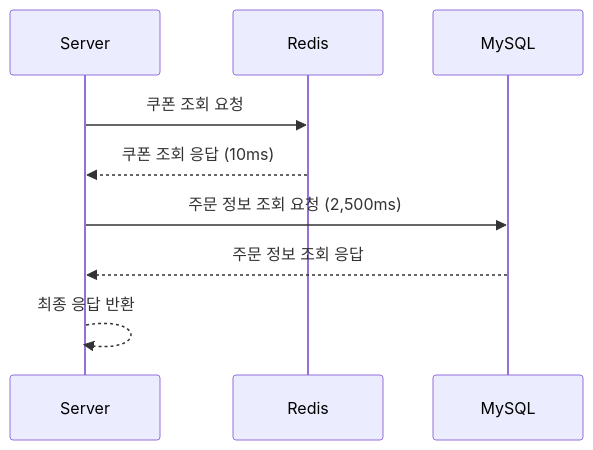
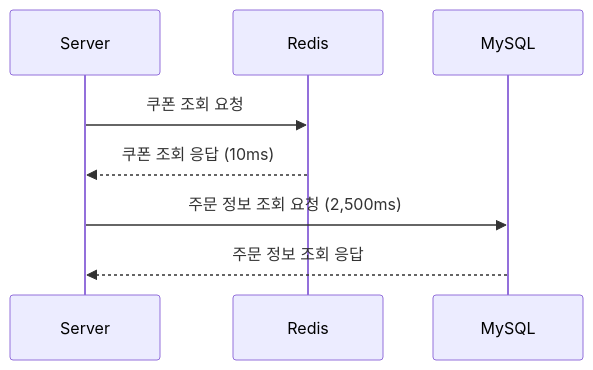
The second of 4 diagrams in redis/redis-lettuce-conneciton-pool-2.md (cheese10yun/blog-sample), drawn with Mermaid before and after one commit. The commit also changed other lines of this file, not shown here.

````diff
--- a/redis/redis-lettuce-conneciton-pool-2.md
+++ b/redis/redis-lettuce-conneciton-pool-2.md
@@ -37,11 +37,10 @@
 ```mermaid
 sequenceDiagram
     participant Server
     participant Redis
     participant MySQL
     Server ->> Redis: 쿠폰 조회 요청
     Redis -->> Server: 쿠폰 조회 응답 (10ms)
     Server ->> MySQL: 주문 정보 조회 요청 (2,500ms)
     MySQL -->> Server: 주문 정보 조회 응답
-    Server -->> Server: 최종 응답 반환
 ```
````
